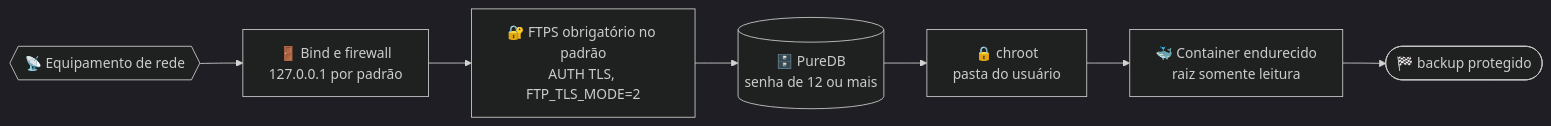
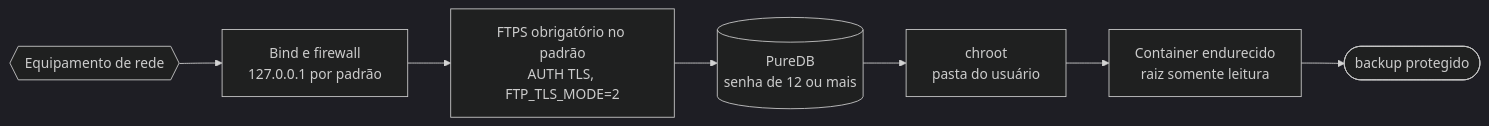
Before and after one commit to CarlosSuporteISP/allsafe-ftp-stack: the diagram in doc/seguranca.md, drawn with Mermaid. The commit also changed 26 other files, not shown here.

First line of the commit message:
docs: diagramas sem emoji para a página abrir mais rápido (v0.5.1)

````diff
--- a/doc/seguranca.md
+++ b/doc/seguranca.md
@@ -10,13 +10,13 @@
 ```mermaid
 %%{init: {"theme": "dark"}}%%
 flowchart LR
-    equip@{ shape: hex, label: "📡 Equipamento de rede" }
-    bind@{ shape: rect, label: "🚪 Bind e firewall<br>127.0.0.1 por padrão" }
-    tls@{ shape: rect, label: "🔐 FTPS obrigatório no padrão<br>AUTH TLS, FTP_TLS_MODE=2" }
-    puredb@{ shape: cyl, label: "🗄️ PureDB<br>senha de 12 ou mais" }
-    chroot@{ shape: rect, label: "🔒 chroot<br>pasta do usuário" }
-    container@{ shape: rect, label: "🐳 Container endurecido<br>raiz somente leitura" }
-    fim@{ shape: stadium, label: "🏁 backup protegido" }
+    equip@{ shape: hex, label: "Equipamento de rede" }
+    bind@{ shape: rect, label: "Bind e firewall<br>127.0.0.1 por padrão" }
+    tls@{ shape: rect, label: "FTPS obrigatório no padrão<br>AUTH TLS, FTP_TLS_MODE=2" }
+    puredb@{ shape: cyl, label: "PureDB<br>senha de 12 ou mais" }
+    chroot@{ shape: rect, label: "chroot<br>pasta do usuário" }
+    container@{ shape: rect, label: "Container endurecido<br>raiz somente leitura" }
+    fim@{ shape: stadium, label: "backup protegido" }
 
     equip --> bind --> tls --> puredb --> chroot --> container --> fim
 ```
````
